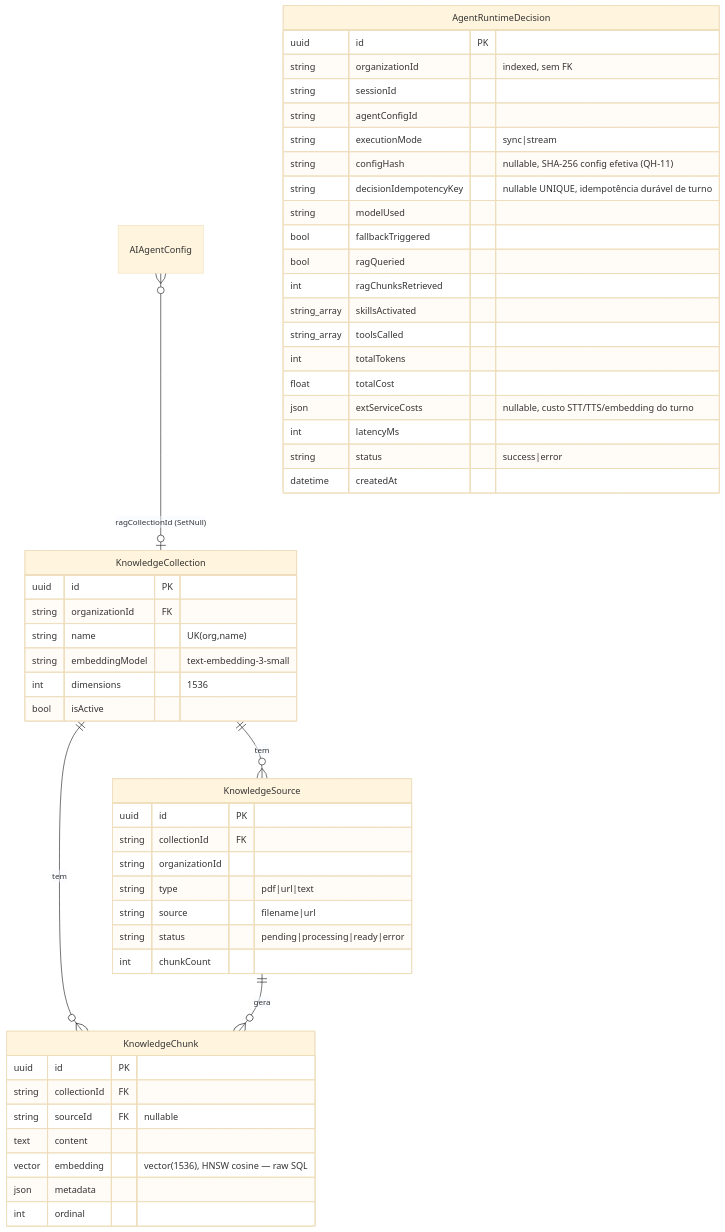
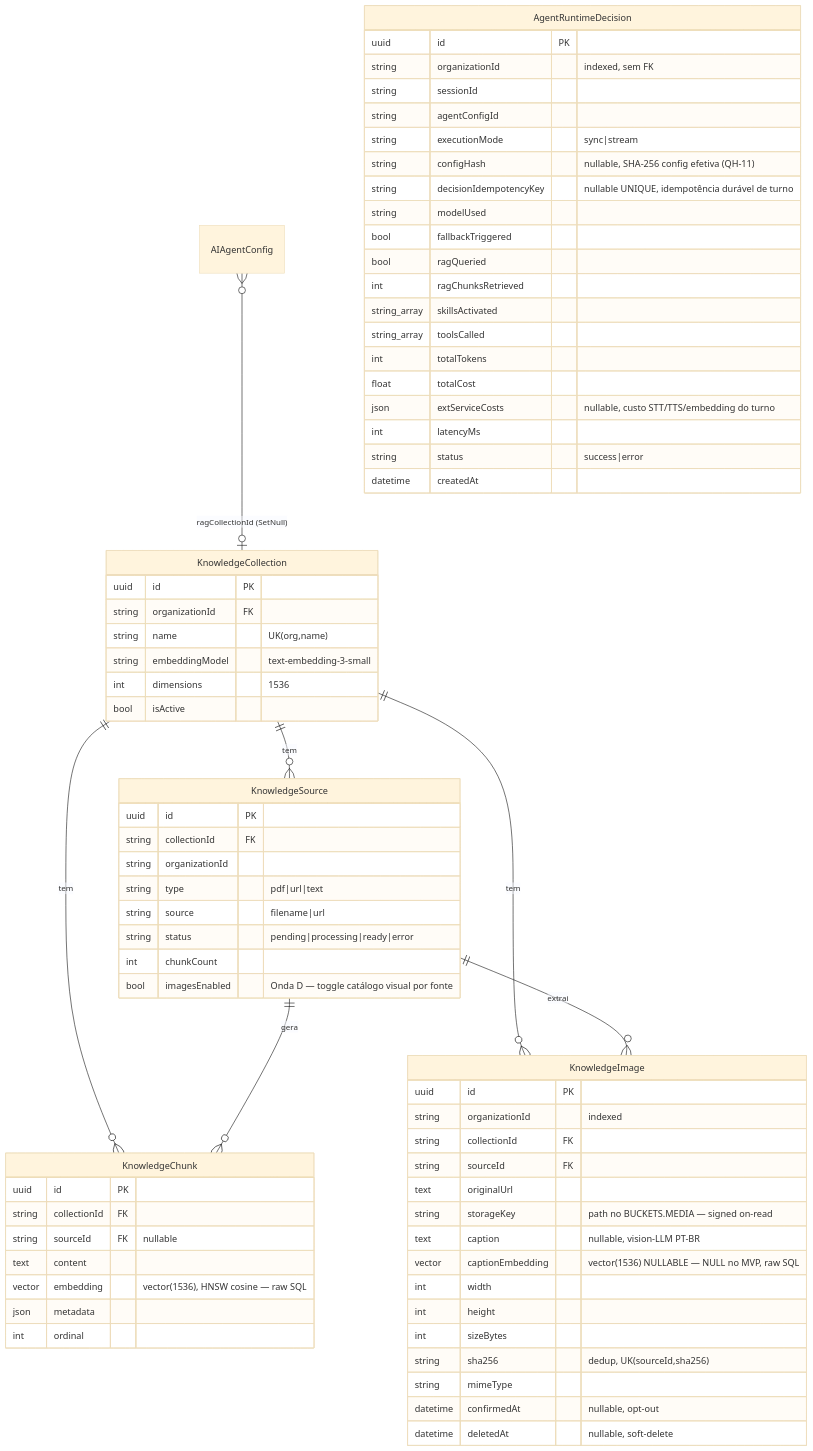
Before and after one commit to quayer/app-quayer: the fourth of 4 diagrams in docs/ERD.md, drawn with Mermaid (base theme). The commit also changed other lines of this file and 18 other files, not shown here.

First line of the commit message:
feat(builder): Onda D1 — extração de imagens das fontes (catálogo visual G2, backend)

````diff
--- a/docs/ERD.md
+++ b/docs/ERD.md
@@ -391,55 +392,75 @@
 ```mermaid
 erDiagram
     KnowledgeCollection ||--o{ KnowledgeSource : "tem"
     KnowledgeCollection ||--o{ KnowledgeChunk : "tem"
+    KnowledgeCollection ||--o{ KnowledgeImage : "tem"
     KnowledgeSource ||--o{ KnowledgeChunk : "gera"
+    KnowledgeSource ||--o{ KnowledgeImage : "extrai"
     AIAgentConfig }o--o| KnowledgeCollection : "ragCollectionId (SetNull)"
 
     KnowledgeCollection {
         uuid id PK
         string organizationId FK
         string name "UK(org,name)"
         string embeddingModel "text-embedding-3-small"
         int dimensions "1536"
         bool isActive
     }
     KnowledgeSource {
         uuid id PK
         string collectionId FK
         string organizationId
         string type "pdf|url|text"
         string source "filename|url"
         string status "pending|processing|ready|error"
         int chunkCount
+        bool imagesEnabled "Onda D — toggle catálogo visual por fonte"
     }
     KnowledgeChunk {
         uuid id PK
         string collectionId FK
         string sourceId FK "nullable"
         text content
         vector embedding "vector(1536), HNSW cosine — raw SQL"
         json metadata
         int ordinal
+    }
+    KnowledgeImage {
+        uuid id PK
+        string organizationId "indexed"
+        string collectionId FK
+        string sourceId FK
+        text originalUrl
+        string storageKey "path no BUCKETS.MEDIA — signed on-read"
+        text caption "nullable, vision-LLM PT-BR"
+        vector captionEmbedding "vector(1536) NULLABLE — NULL no MVP, raw SQL"
+        int width
+        int height
+        int sizeBytes
+        string sha256 "dedup, UK(sourceId,sha256)"
+        string mimeType
+        datetime confirmedAt "nullable, opt-out"
+        datetime deletedAt "nullable, soft-delete"
     }
     AgentRuntimeDecision {
         uuid id PK
         string organizationId "indexed, sem FK"
         string sessionId
         string agentConfigId
         string executionMode "sync|stream"
         string configHash "nullable, SHA-256 config efetiva (QH-11)"
         string decisionIdempotencyKey "nullable UNIQUE, idempotência durável de turno"
         string modelUsed
         bool fallbackTriggered
         bool ragQueried
         int ragChunksRetrieved
         string_array skillsActivated
         string_array toolsCalled
         int totalTokens
         float totalCost
         json extServiceCosts "nullable, custo STT/TTS/embedding do turno"
         int latencyMs
         string status "success|error"
         datetime createdAt
     }
 ```
````
